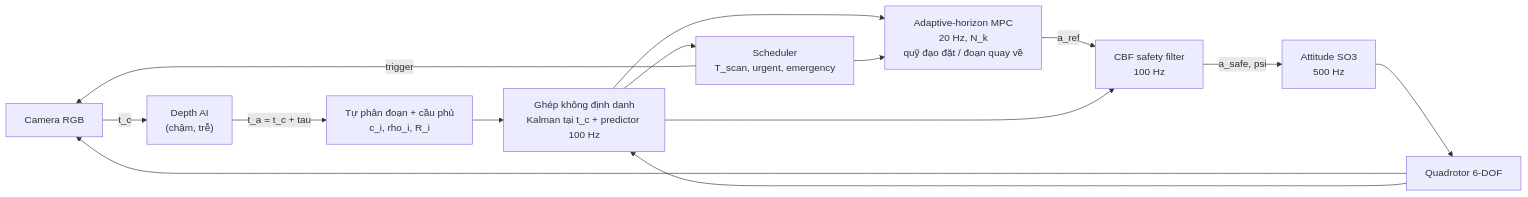
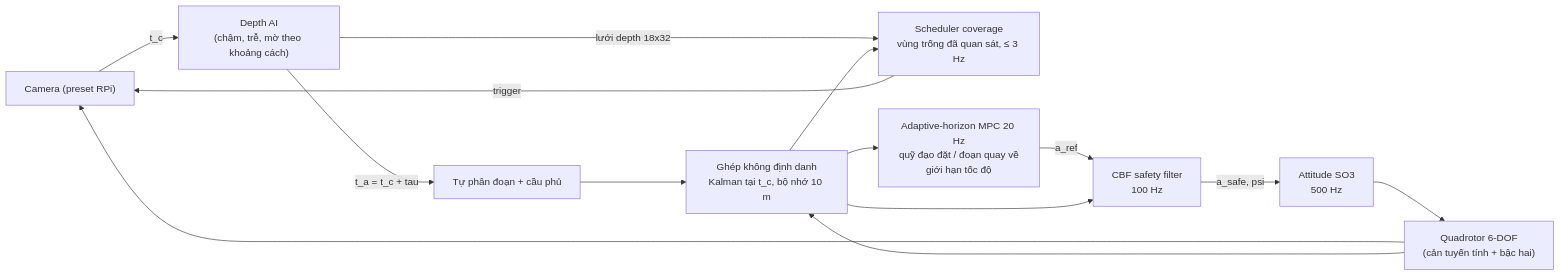
The diagram in README.md (nxbnxb1/project1), drawn with Mermaid before and after one commit. The commit also changed other lines of this file and 285 other files, not shown here.

````diff
--- a/README.md
+++ b/README.md
@@ -32,16 +61,16 @@
 ```mermaid
 flowchart LR
-  CAM["Camera RGB"] -->|t_c| AI["Depth AI<br/>(chậm, trễ)"]
-  AI -->|t_a = t_c + tau| EX["Tự phân đoạn + cầu phủ<br/>c_i, rho_i, R_i"]
-  EX --> KF["Ghép không định danh<br/>Kalman tại t_c + predictor 100 Hz"]
-  KF --> SCH["Scheduler<br/>T_scan, urgent, emergency"]
+  CAM["Camera (preset RPi)"] -->|t_c| AI["Depth AI<br/>(chậm, trễ, mờ theo khoảng cách)"]
+  AI -->|t_a = t_c + tau| EX["Tự phân đoạn + cầu phủ"]
+  AI -->|lưới depth 18x32| SCH
+  EX --> KF["Ghép không định danh<br/>Kalman tại t_c, bộ nhớ 10 m"]
+  KF --> SCH["Scheduler coverage<br/>vùng trống đã quan sát, ≤ 3 Hz"]
   SCH -->|trigger| CAM
-  KF --> MPC["Adaptive-horizon MPC<br/>20 Hz, N_k<br/>quỹ đạo đặt / đoạn quay về"]
-  SCH --> MPC
+  KF --> MPC["Adaptive-horizon MPC 20 Hz<br/>quỹ đạo đặt / đoạn quay về<br/>giới hạn tốc độ"]
   MPC -->|a_ref| CBF["CBF safety filter<br/>100 Hz"]
   KF --> CBF
   CBF -->|a_safe, psi| ATT["Attitude SO3<br/>500 Hz"]
-  ATT --> PLANT["Quadrotor 6-DOF"]
+  ATT --> PLANT["Quadrotor 6-DOF<br/>(cản tuyến tính + bậc hai)"]
   PLANT --> CAM
   PLANT --> KF
 ```
````
